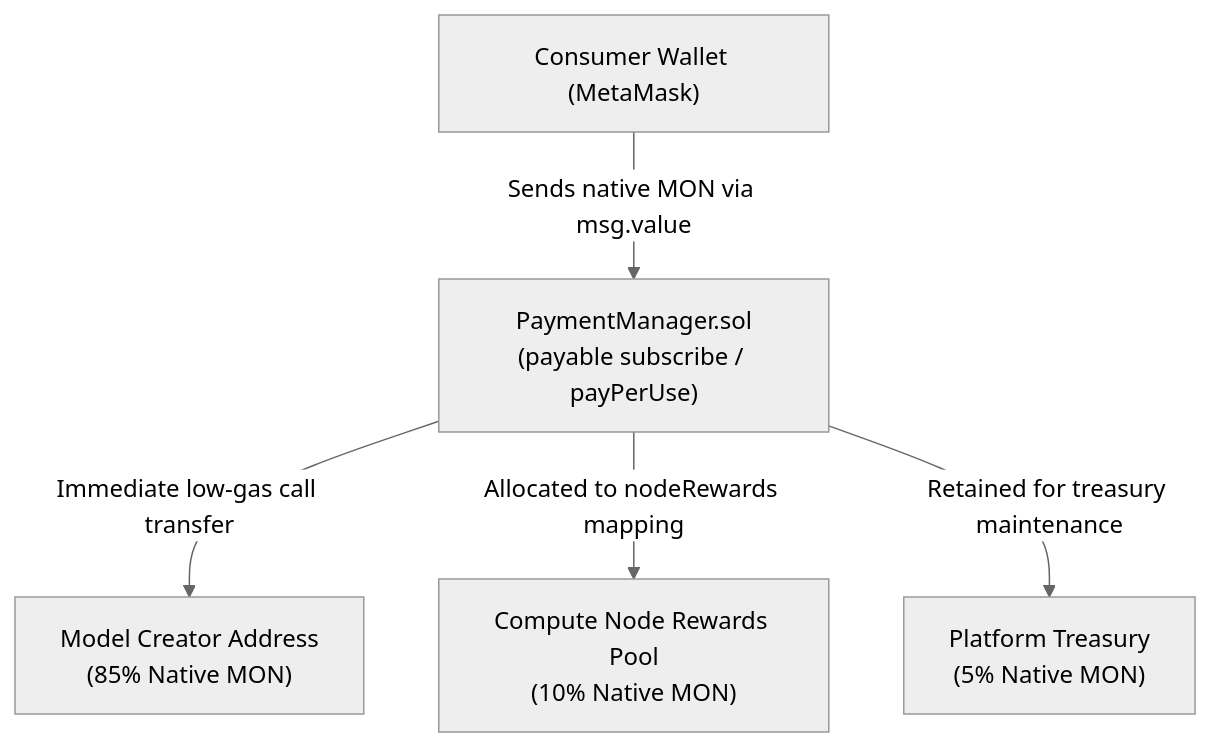
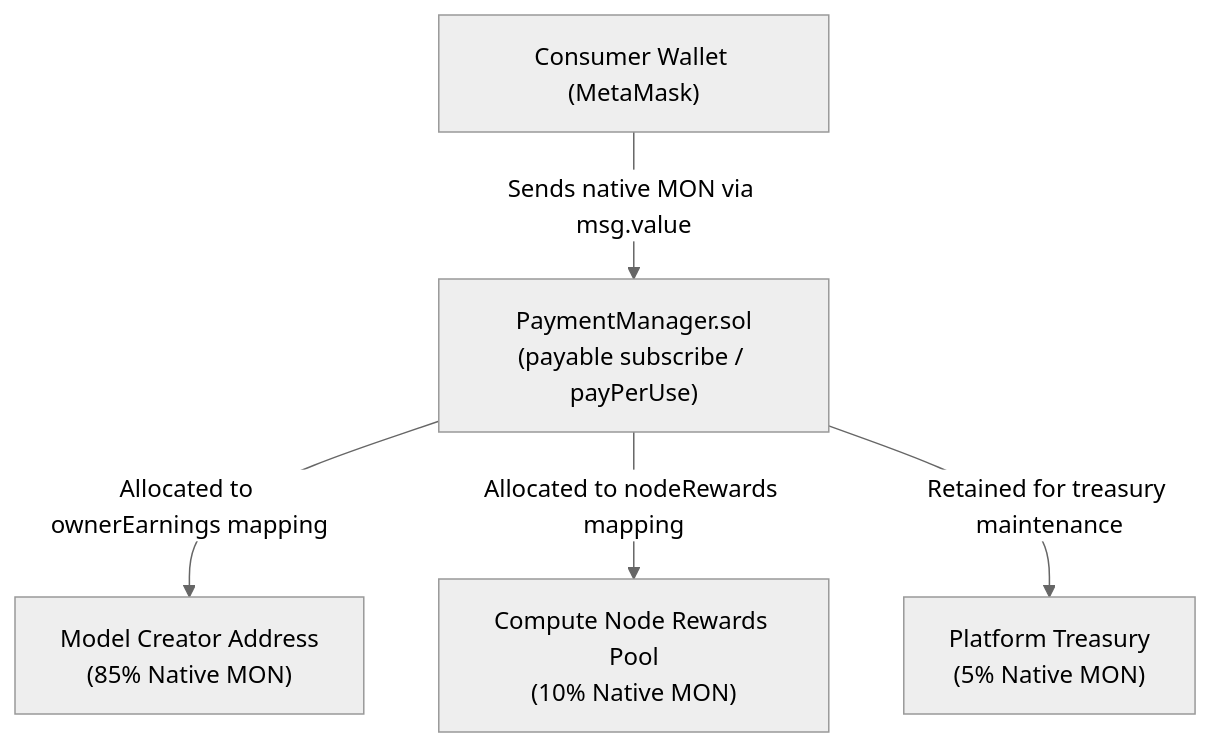
One commit to Arpit-R-Doshi/monadhacks changed the diagram in src/README.md. Above: the diagram before and after it, drawn with Mermaid (neutral theme). The commit also changed other lines of this file and 7 other files, not shown here.

Commit message:
docs: comprehensive update to all readmes, architecture, deployment, and api specifications

````diff
--- a/src/README.md
+++ b/src/README.md
@@ -35,14 +49,14 @@
 ```mermaid
 graph TD
     User["Consumer Wallet (MetaMask)"]
     Contract["PaymentManager.sol\n(payable subscribe / payPerUse)"]
 
     Owner["Model Creator Address\n(85% Native MON)"]
     ComputeNodes["Compute Node Rewards Pool\n(10% Native MON)"]
     Treasury["Platform Treasury\n(5% Native MON)"]
 
     User -->|Sends native MON via msg.value| Contract
-    Contract -->|Immediate low-gas call transfer| Owner
+    Contract -->|Allocated to ownerEarnings mapping| Owner
     Contract -->|Allocated to nodeRewards mapping| ComputeNodes
     Contract -->|Retained for treasury maintenance| Treasury
 ```
````
